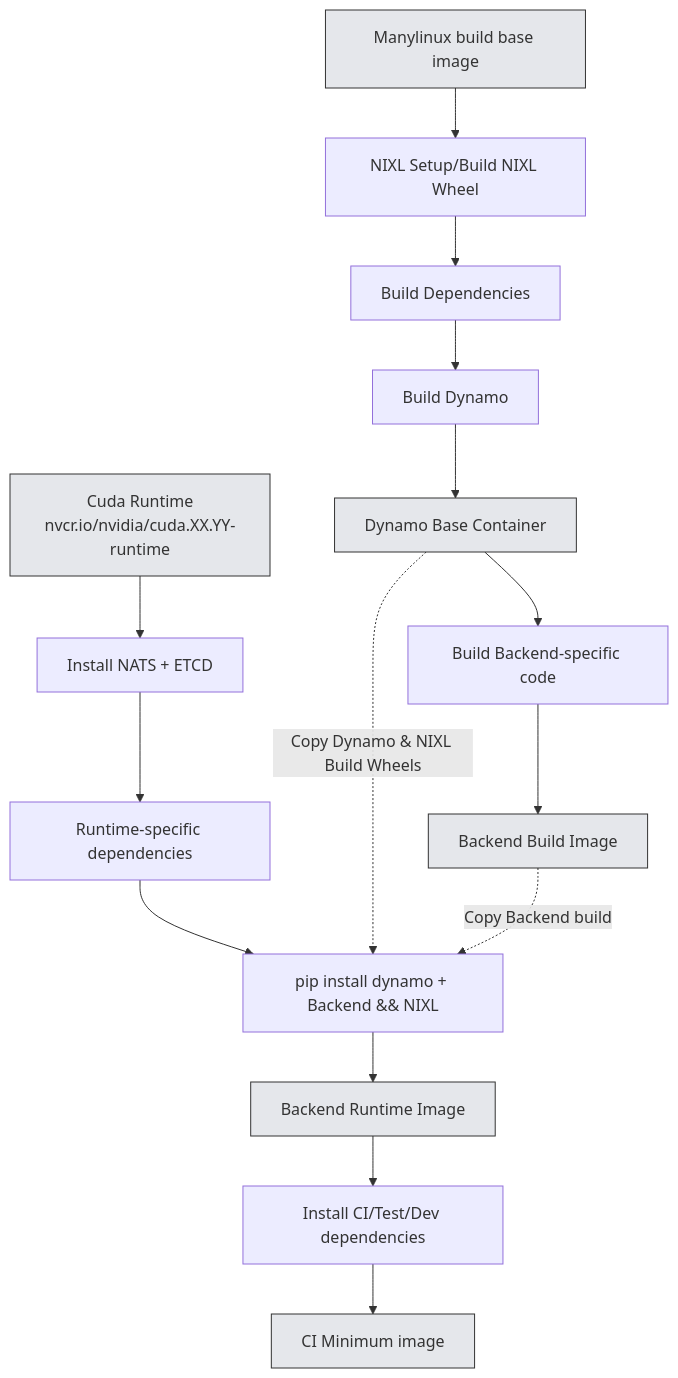
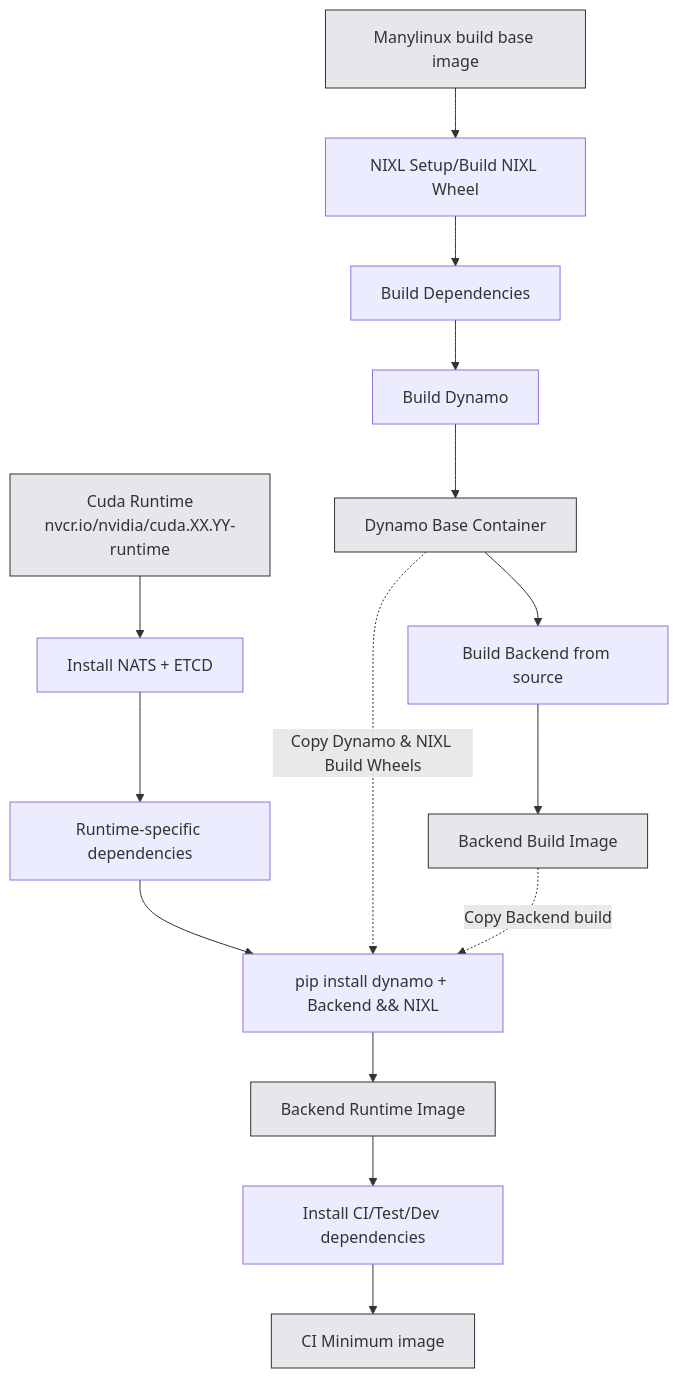
Before and after one commit to ai-dynamo/enhancements: the diagram in deps/NNNN-container-strategy.md, drawn with Mermaid. The commit also changed other lines of this file, not shown here.

Commit message:
nit: minor improvements

````diff
--- a/deps/NNNN-container-strategy.md
+++ b/deps/NNNN-container-strategy.md
@@ -120,40 +120,40 @@
 ```mermaid
 flowchart TD
     A[Manylinux build base image]:::gray
     B[NIXL Setup/Build NIXL Wheel]
     C[Build Dependencies]
     D[Build Dynamo]
     E[Dynamo Base Container]:::gray
-    F[Build Backend-specific code]
+    F[Build Backend from source]
     G[Backend Build Image]:::gray
     J[Cuda Runtime<br/>nvcr.io/nvidia/cuda.XX.YY-runtime]:::gray
     K[Install NATS + ETCD]
     L[Runtime-specific dependencies]
     M[pip install dynamo + Backend && NIXL]
     N[Backend Runtime Image]:::gray
     O[Install CI/Test/Dev dependencies]
     P[CI Minimum image]:::gray
 
     %% Main build flow (left)
     A --> B
     B --> C
     C --> D
     D --> E
     E --> F
     F --> G
 
     %% Runtime flow (right)
     J --> K
     K --> L
     L --> M
     M --> N
     N --> O
     O --> P
 
     %% Cross-links with text
     E -.->|Copy Dynamo & NIXL Build Wheels| M
     G -.->|Copy Backend build| M
 
     %% Styling
     classDef gray fill:#e5e7eb,stroke:#333,stroke-width:1px;
 ```
````
